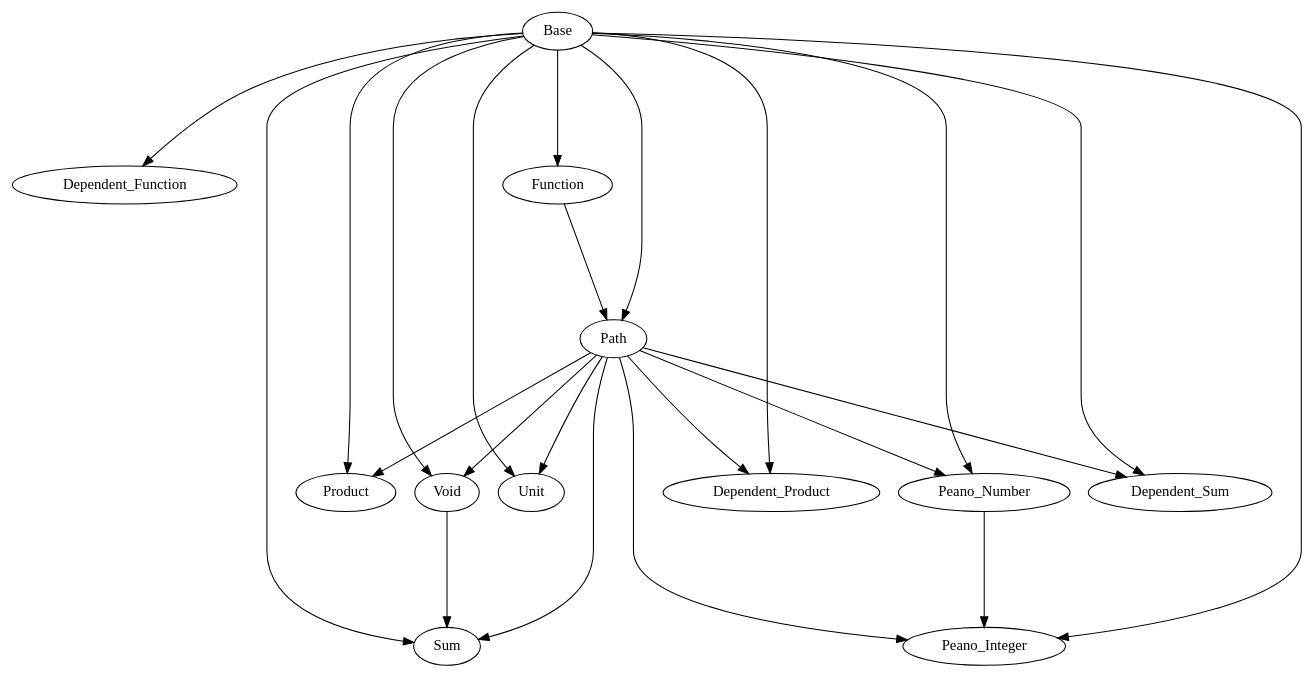
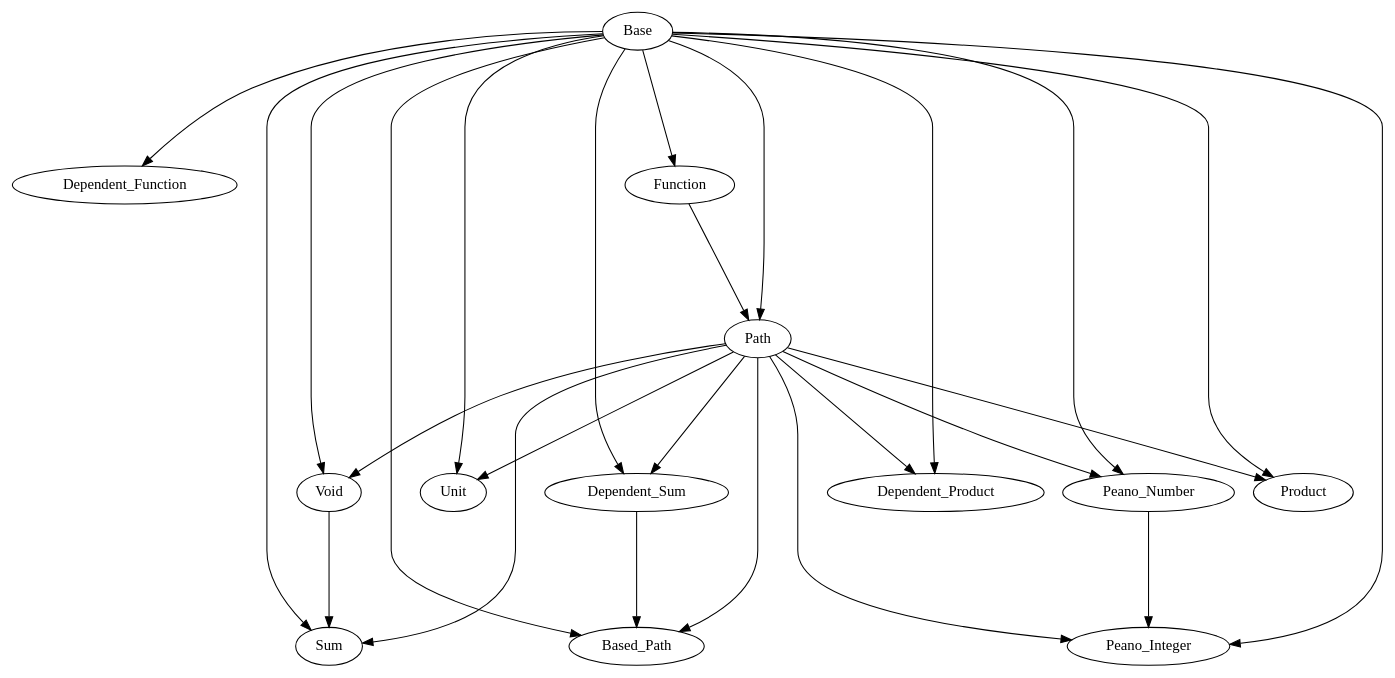
Before and after one commit to Hexirp/googology-in-coq: the diagram in libraries/dependencies.gv, drawn with Graphviz. The commit also changed 5 other files, not shown here.

First line of the commit message:
Add: Based_Path を

```diff
--- a/libraries/dependencies.gv
+++ b/libraries/dependencies.gv
@@ -1,49 +1,54 @@
 digraph Dependencies {
   edge [ minlen = 3 ];
 
   # Base
 
   # Dependent_Function
   "Base" -> "Dependent_Function";
 
   # Function
   "Base" -> "Function";
 
   # Path
   "Base" -> "Path";
   "Function" -> "Path";
 
   # Void
   "Base" -> "Void";
   "Path" -> "Void";
 
   # Unit
   "Base" -> "Unit";
   "Path" -> "Unit";
 
   # Sum
   "Base" -> "Sum";
   "Path" -> "Sum";
   "Void" -> "Sum";
 
   # Product
   "Base" -> "Product";
   "Path" -> "Product";
 
   # Dependent_Sum
   "Base" -> "Dependent_Sum";
   "Path" -> "Dependent_Sum";
 
   # Dependent_Product
   "Base" -> "Dependent_Product";
   "Path" -> "Dependent_Product";
 
+  # Based_Path
+  "Base" -> "Based_Path";
+  "Path" -> "Based_Path";
+  "Dependent_Sum" -> "Based_Path";
+
   # Peano_Number
   "Base" -> "Peano_Number";
   "Path" -> "Peano_Number";
 
   # Peano_Integer
   "Base" -> "Peano_Integer";
   "Path" -> "Peano_Integer";
   "Peano_Number" -> "Peano_Integer";
 }
```
